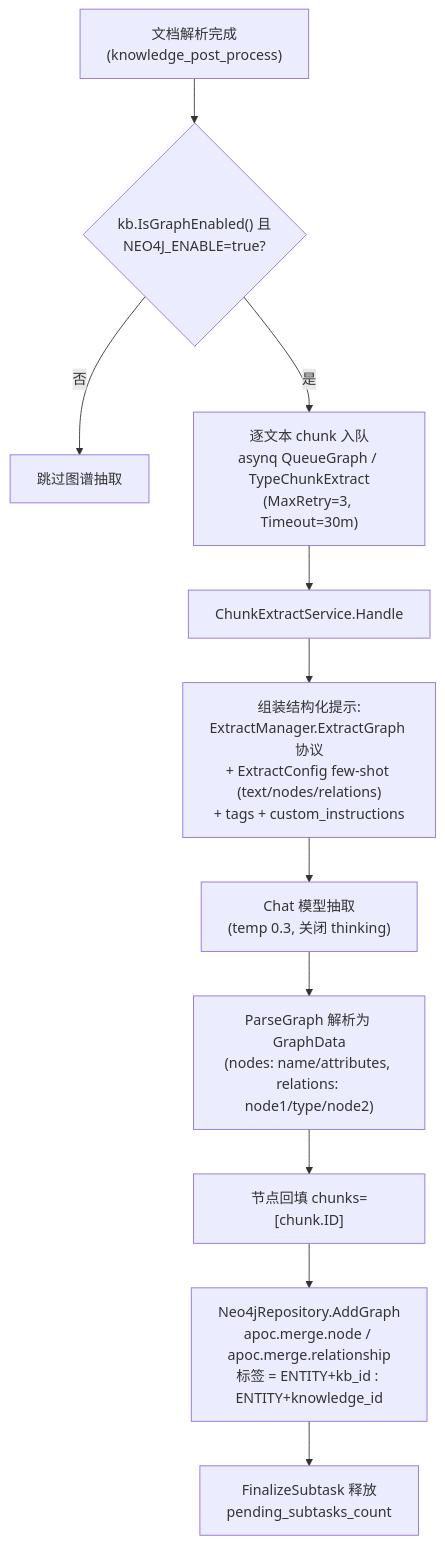
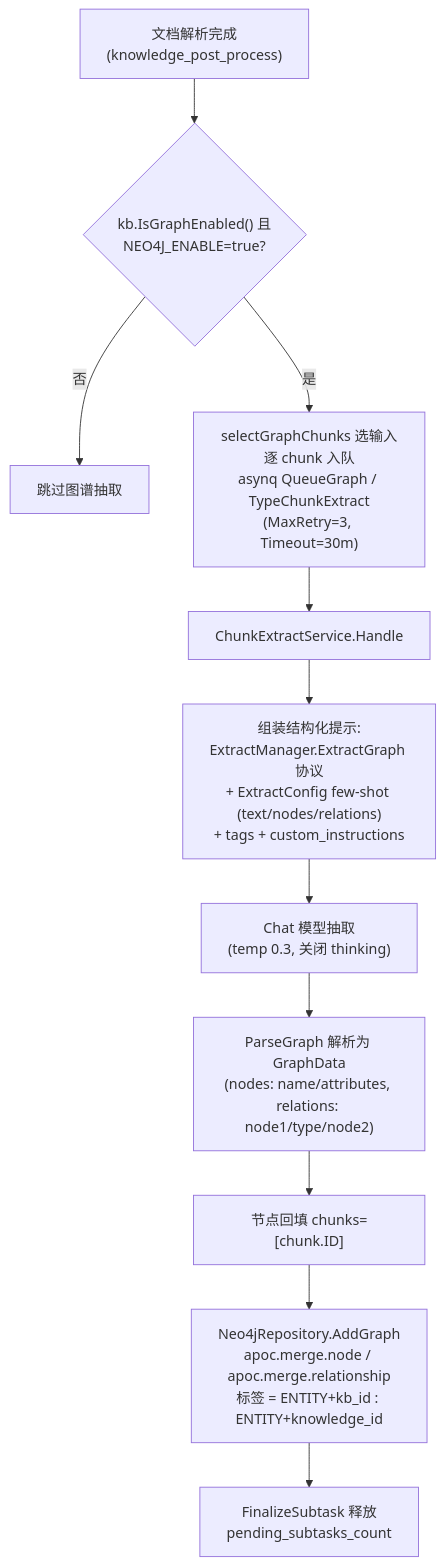
The first of 2 diagrams in website-docs/03-features/09-knowledge-graph.md (michadel/WeKnora), drawn with Mermaid before and after one commit. The commit also changed other lines of this file and 125 other files, not shown here.

````diff
--- a/website-docs/03-features/09-knowledge-graph.md
+++ b/website-docs/03-features/09-knowledge-graph.md
@@ -131,13 +138,13 @@
 ```mermaid
 flowchart TD
     A["文档解析完成<br/>(knowledge_post_process)"] --> B{"kb.IsGraphEnabled() 且<br/>NEO4J_ENABLE=true?"}
     B -->|"否"| Z["跳过图谱抽取"]
-    B -->|"是"| C["逐文本 chunk 入队<br/>asynq QueueGraph / TypeChunkExtract<br/>(MaxRetry=3, Timeout=30m)"]
+    B -->|"是"| C["selectGraphChunks 选输入<br/>逐 chunk 入队<br/>asynq QueueGraph / TypeChunkExtract<br/>(MaxRetry=3, Timeout=30m)"]
     C --> D["ChunkExtractService.Handle"]
     D --> E["组装结构化提示:<br/>ExtractManager.ExtractGraph 协议<br/>+ ExtractConfig few-shot (text/nodes/relations)<br/>+ tags + custom_instructions"]
     E --> F["Chat 模型抽取<br/>(temp 0.3, 关闭 thinking)"]
     F --> G["ParseGraph 解析为 GraphData<br/>(nodes: name/attributes, relations: node1/type/node2)"]
     G --> H["节点回填 chunks=[chunk.ID]"]
     H --> I["Neo4jRepository.AddGraph<br/>apoc.merge.node / apoc.merge.relationship<br/>标签 = ENTITY+kb_id : ENTITY+knowledge_id"]
     I --> J["FinalizeSubtask 释放<br/>pending_subtasks_count"]
 ```
````
